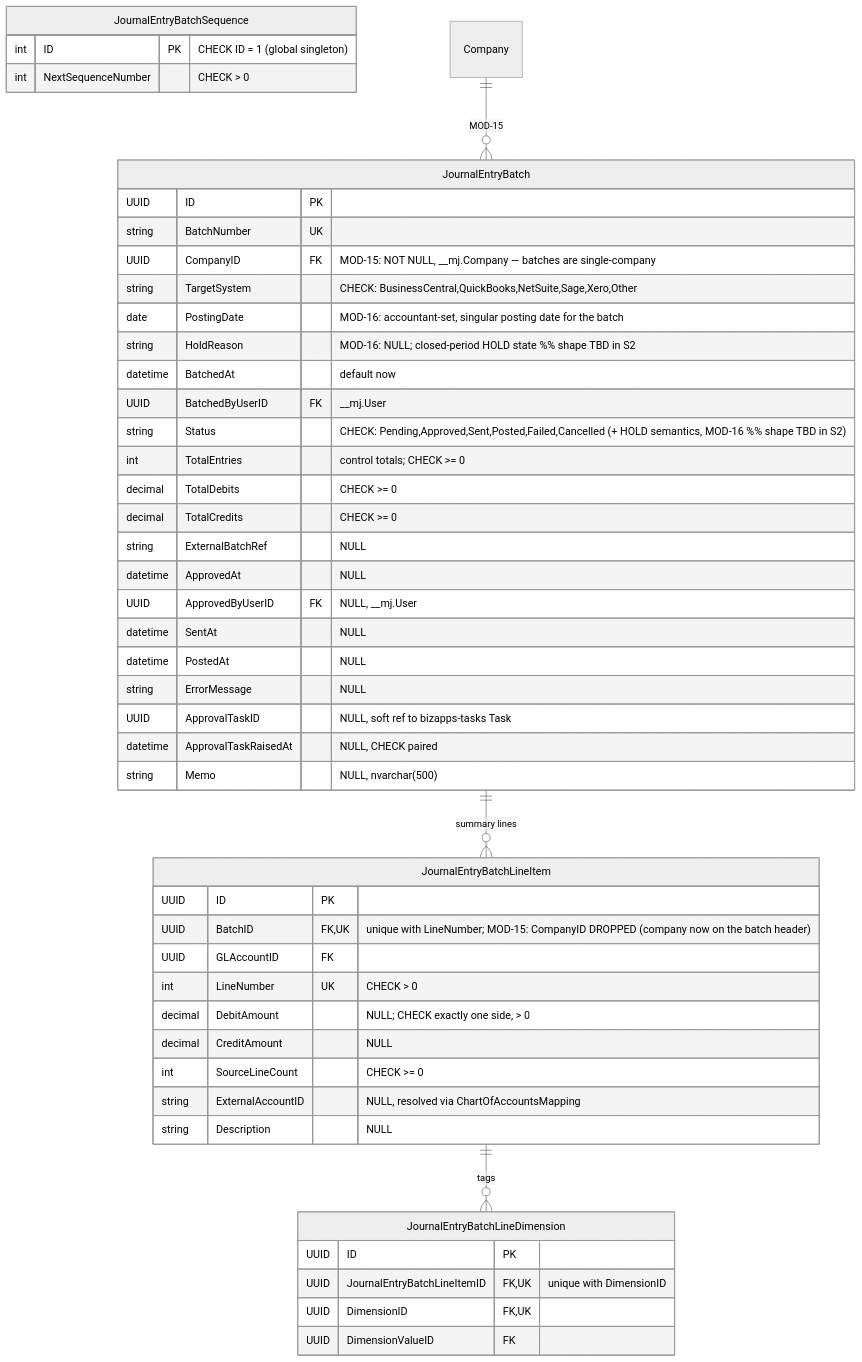
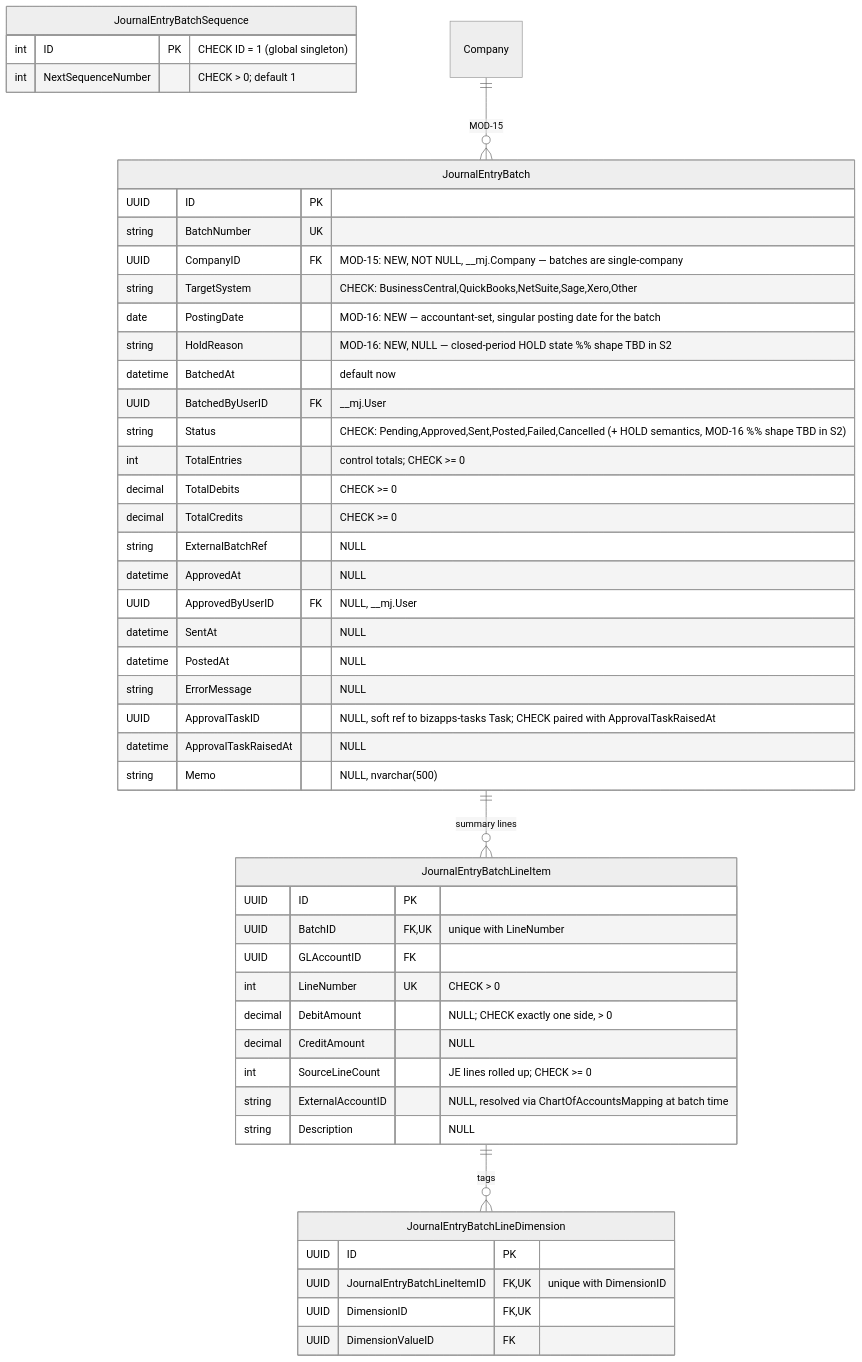
The fourth of 7 diagrams in design-docs/erd/ERD-planned.md (MemberJunction/bizapps-accounting), drawn with Mermaid (neutral theme) before and after one commit. The commit also changed other lines of this file, not shown here.

Commit message:
docs: ERD-planned rewritten fully self-contained (26/26 entities detailed); ERD-current verified 28/28

````diff
--- a/design-docs/erd/ERD-planned.md
+++ b/design-docs/erd/ERD-planned.md
@@ -185,50 +304,51 @@
 ```mermaid
 erDiagram
     JournalEntryBatch {
         UUID ID PK
         string BatchNumber UK
-        UUID CompanyID FK "MOD-15: NOT NULL, __mj.Company — batches are single-company"
+        UUID CompanyID FK "MOD-15: NEW, NOT NULL, __mj.Company — batches are single-company"
         string TargetSystem "CHECK: BusinessCentral,QuickBooks,NetSuite,Sage,Xero,Other"
-        date PostingDate "MOD-16: accountant-set, singular posting date for the batch"
-        string HoldReason "MOD-16: NULL; closed-period HOLD state %% shape TBD in S2"
+        date PostingDate "MOD-16: NEW — accountant-set, singular posting date for the batch"
+        string HoldReason "MOD-16: NEW, NULL — closed-period HOLD state %% shape TBD in S2"
         datetime BatchedAt "default now"
         UUID BatchedByUserID FK "__mj.User"
         string Status "CHECK: Pending,Approved,Sent,Posted,Failed,Cancelled (+ HOLD semantics, MOD-16 %% shape TBD in S2)"
         int TotalEntries "control totals; CHECK >= 0"
         decimal TotalDebits "CHECK >= 0"
         decimal TotalCredits "CHECK >= 0"
         string ExternalBatchRef "NULL"
         datetime ApprovedAt "NULL"
         UUID ApprovedByUserID FK "NULL, __mj.User"
         datetime SentAt "NULL"
         datetime PostedAt "NULL"
         string ErrorMessage "NULL"
-        UUID ApprovalTaskID "NULL, soft ref to bizapps-tasks Task"
-        datetime ApprovalTaskRaisedAt "NULL, CHECK paired"
+        UUID ApprovalTaskID "NULL, soft ref to bizapps-tasks Task; CHECK paired with ApprovalTaskRaisedAt"
+        datetime ApprovalTaskRaisedAt "NULL"
         string Memo "NULL, nvarchar(500)"
     }
     JournalEntryBatchLineItem {
         UUID ID PK
-        UUID BatchID FK, UK "unique with LineNumber; MOD-15: CompanyID DROPPED (company now on the batch header)"
+        UUID BatchID FK, UK "unique with LineNumber"
+        %% MOD-15: CompanyID DROPPED — company now lives on the batch header
         UUID GLAccountID FK
         int LineNumber UK "CHECK > 0"
         decimal DebitAmount "NULL; CHECK exactly one side, > 0"
         decimal CreditAmount "NULL"
-        int SourceLineCount "CHECK >= 0"
-        string ExternalAccountID "NULL, resolved via ChartOfAccountsMapping"
+        int SourceLineCount "JE lines rolled up; CHECK >= 0"
+        string ExternalAccountID "NULL, resolved via ChartOfAccountsMapping at batch time"
         string Description "NULL"
     }
     JournalEntryBatchLineDimension {
         UUID ID PK
         UUID JournalEntryBatchLineItemID FK, UK "unique with DimensionID"
         UUID DimensionID FK, UK
         UUID DimensionValueID FK
     }
     JournalEntryBatchSequence {
         int ID PK "CHECK ID = 1 (global singleton)"
-        int NextSequenceNumber "CHECK > 0"
+        int NextSequenceNumber "CHECK > 0; default 1"
     }
     Company ||--o{ JournalEntryBatch : "MOD-15"
     JournalEntryBatch ||--o{ JournalEntryBatchLineItem : "summary lines"
     JournalEntryBatchLineItem ||--o{ JournalEntryBatchLineDimension : tags
 ```
````
